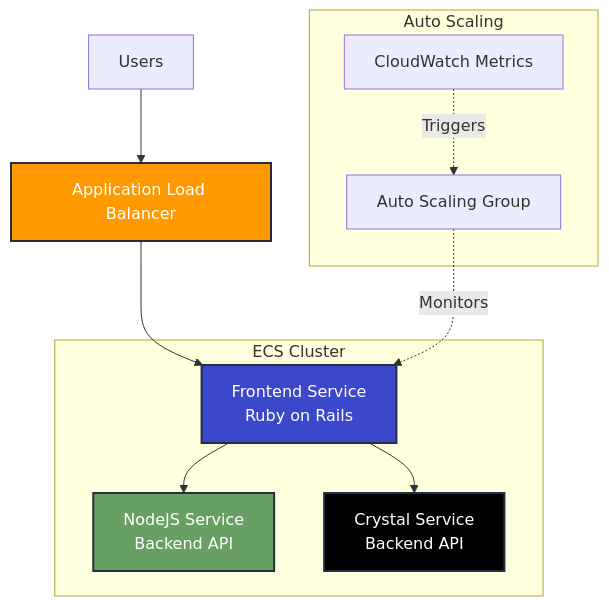
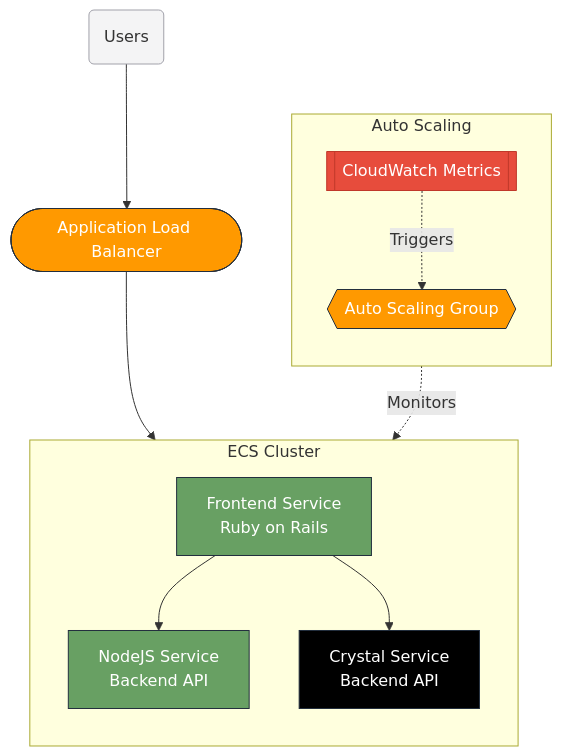
One commit to gamaware/system-design-course changed the diagram in 01-introduction-horizontal-scalability/README.md. Above: the diagram before and after it, drawn with Mermaid. The commit also changed 7 other files, not shown here.

Commit message:
feat: enhance Mermaid diagrams with semantic shapes and styling

````diff
--- a/01-introduction-horizontal-scalability/README.md
+++ b/01-introduction-horizontal-scalability/README.md
@@ -25,29 +25,38 @@
 ```mermaid
 graph TB
     %% Traffic flow
-    User[Users] --> ALB[Application Load Balancer]
-    ALB --> Frontend[Frontend Service<br>Ruby on Rails]
-    Frontend --> NodeJS[NodeJS Service<br>Backend API]
-    Frontend --> Crystal[Crystal Service<br>Backend API]
+    User("Users") --> ALB(["Application Load Balancer"])
+    ALB --> Frontend["Frontend Service<br>Ruby on Rails"]
+    Frontend --> NodeJS["NodeJS Service<br>Backend API"]
+    Frontend --> Crystal["Crystal Service<br>Backend API"]
 
     %% ECS services
-    subgraph ECS Cluster
+    subgraph ecs_cluster ["ECS Cluster"]
+        direction TB
         Frontend
         NodeJS
         Crystal
     end
 
     %% Autoscaling feedback loop
-    subgraph Auto Scaling
-        ASG[Auto Scaling Group]
-        CW[CloudWatch Metrics]
-        ASG -.Monitors.-> Frontend
-        CW -.Triggers.-> ASG
+    subgraph auto_scaling ["Auto Scaling"]
+        direction TB
+        ASG{{"Auto Scaling Group"}}
+        CW[["CloudWatch Metrics"]]
+        ASG -.->|"Monitors"| Frontend
+        CW -.->|"Triggers"| ASG
     end
 
-    %% Styling
-    style ALB fill:#ff9900,stroke:#232f3e,stroke-width:2px,color:#fff
-    style Frontend fill:#3b48cc,stroke:#232f3e,stroke-width:2px,color:#fff
-    style NodeJS fill:#68a063,stroke:#232f3e,stroke-width:2px,color:#fff
-    style Crystal fill:#000,stroke:#232f3e,stroke-width:2px,color:#fff
+    %% Class definitions
+    classDef aws fill:#ff9900,stroke:#232f3e,color:#fff
+    classDef service fill:#68a063,stroke:#232f3e,color:#fff
+    classDef user fill:#f4f4f5,stroke:#a1a1aa
+    classDef monitor fill:#e74c3c,stroke:#c0392b,color:#fff
+    classDef dark fill:#000,stroke:#232f3e,color:#fff
+
+    class ALB,ASG aws
+    class Frontend,NodeJS service
+    class User user
+    class CW monitor
+    class Crystal dark
 ```
````
